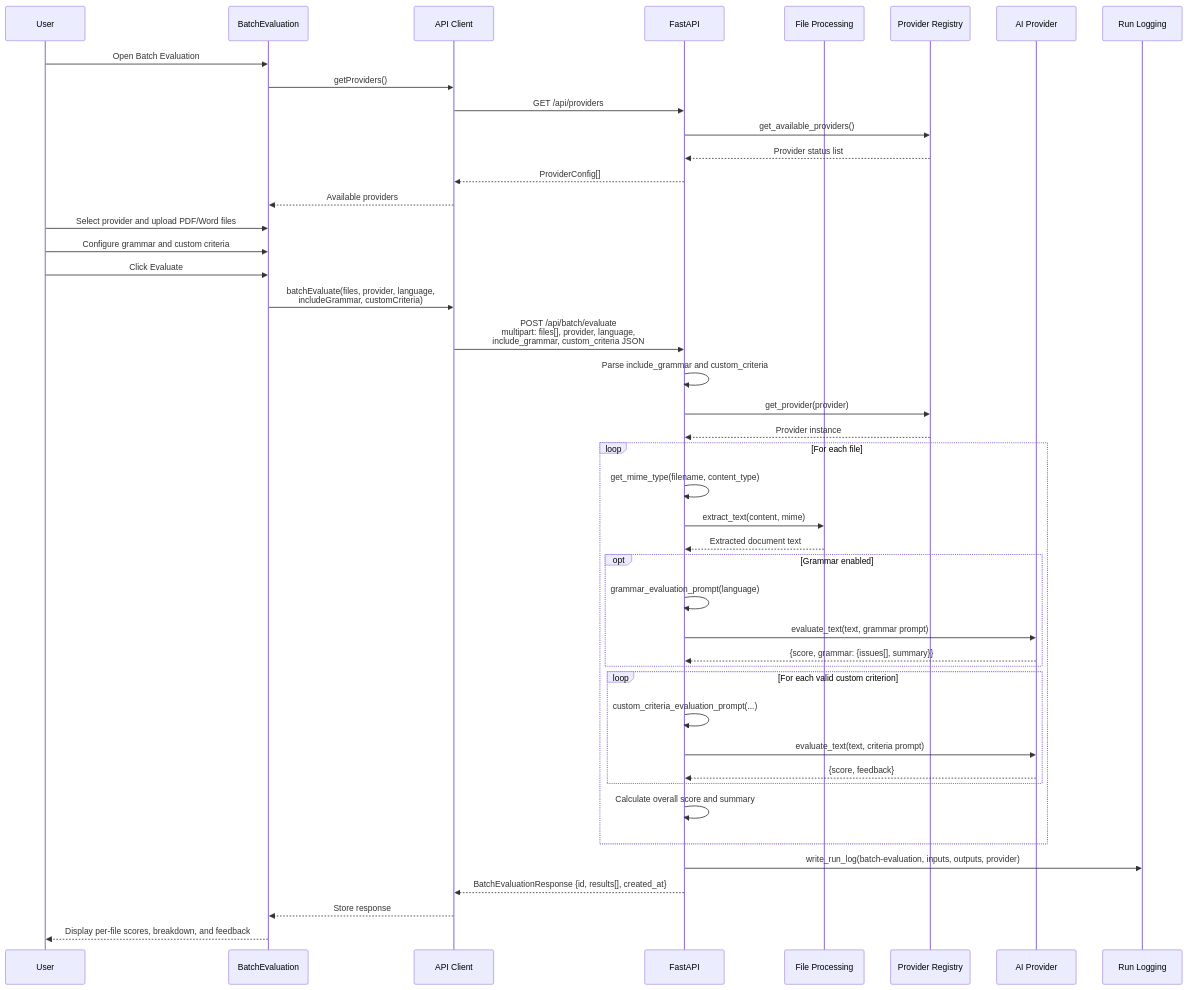
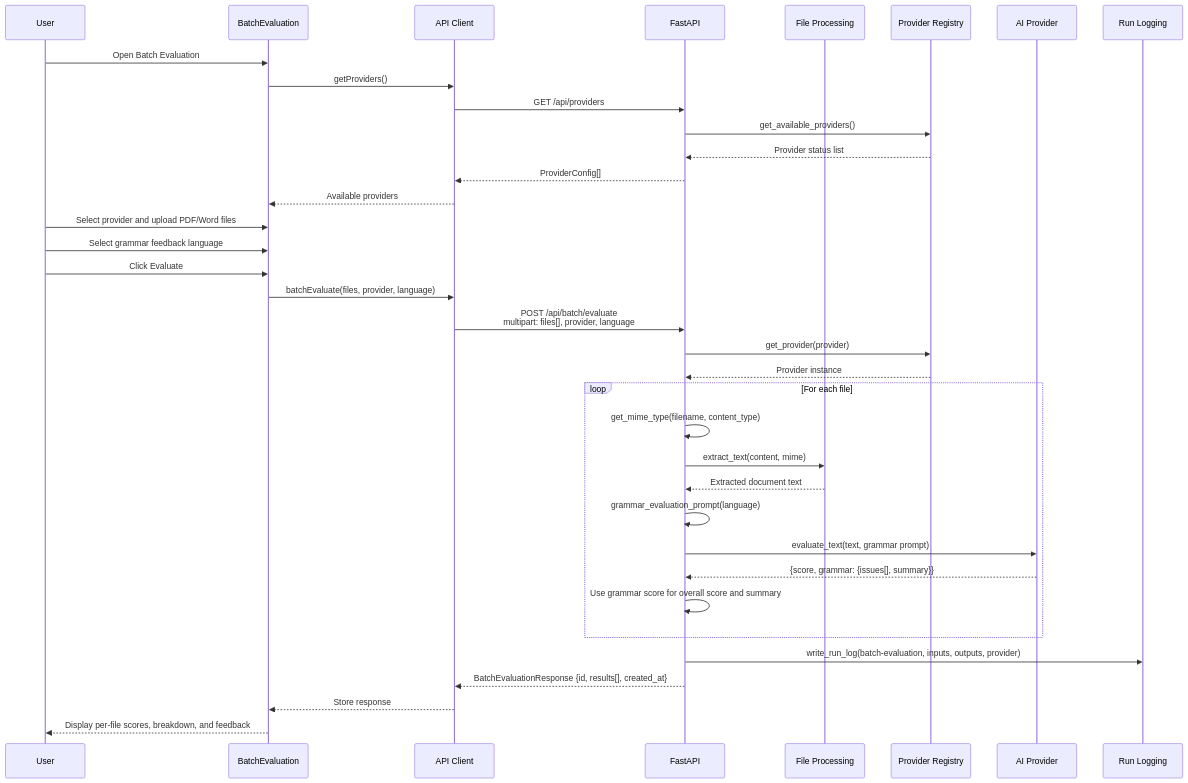
Before and after one commit to franciscosuca/exan: the third of 6 diagrams in docs/ARCHITECTURE.md, drawn with Mermaid. The commit also changed other lines of this file and 19 other files, not shown here.

Commit message:
Refactor: batch evaluation to support grammar-only assessments

````diff
--- a/docs/ARCHITECTURE.md
+++ b/docs/ARCHITECTURE.md
@@ -199,54 +199,44 @@
 ```mermaid
 sequenceDiagram
     participant U as User
     participant BE as BatchEvaluation
     participant API as API Client
     participant SVC as FastAPI
     participant FP as File Processing
     participant PR as Provider Registry
     participant AI as AI Provider
     participant LOG as Run Logging
 
     U->>BE: Open Batch Evaluation
     BE->>API: getProviders()
     API->>SVC: GET /api/providers
     SVC->>PR: get_available_providers()
     PR-->>SVC: Provider status list
     SVC-->>API: ProviderConfig[]
     API-->>BE: Available providers
 
     U->>BE: Select provider and upload PDF/Word files
-    U->>BE: Configure grammar and custom criteria
+    U->>BE: Select grammar feedback language
     U->>BE: Click Evaluate
 
-    BE->>API: batchEvaluate(files, provider, language,<br/>includeGrammar, customCriteria)
-    API->>SVC: POST /api/batch/evaluate<br/>multipart: files[], provider, language,<br/>include_grammar, custom_criteria JSON
-    SVC->>SVC: Parse include_grammar and custom_criteria
+    BE->>API: batchEvaluate(files, provider, language)
+    API->>SVC: POST /api/batch/evaluate<br/>multipart: files[], provider, language
     SVC->>PR: get_provider(provider)
     PR-->>SVC: Provider instance
 
     loop For each file
         SVC->>SVC: get_mime_type(filename, content_type)
         SVC->>FP: extract_text(content, mime)
         FP-->>SVC: Extracted document text
 
-        opt Grammar enabled
-            SVC->>SVC: grammar_evaluation_prompt(language)
-            SVC->>AI: evaluate_text(text, grammar prompt)
-            AI-->>SVC: {score, grammar: {issues[], summary}}
-        end
-
-        loop For each valid custom criterion
-            SVC->>SVC: custom_criteria_evaluation_prompt(...)
-            SVC->>AI: evaluate_text(text, criteria prompt)
-            AI-->>SVC: {score, feedback}
-        end
-
-        SVC->>SVC: Calculate overall score and summary
+        SVC->>SVC: grammar_evaluation_prompt(language)
+        SVC->>AI: evaluate_text(text, grammar prompt)
+        AI-->>SVC: {score, grammar: {issues[], summary}}
+        SVC->>SVC: Use grammar score for overall score and summary
     end
 
     SVC->>LOG: write_run_log(batch-evaluation, inputs, outputs, provider)
     SVC-->>API: BatchEvaluationResponse {id, results[], created_at}
     API-->>BE: Store response
     BE-->>U: Display per-file scores, breakdown, and feedback
 ```
````
